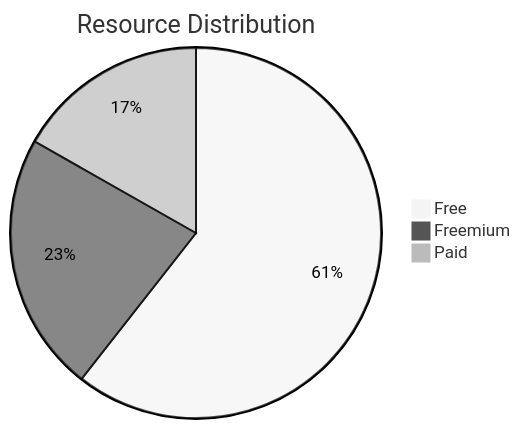
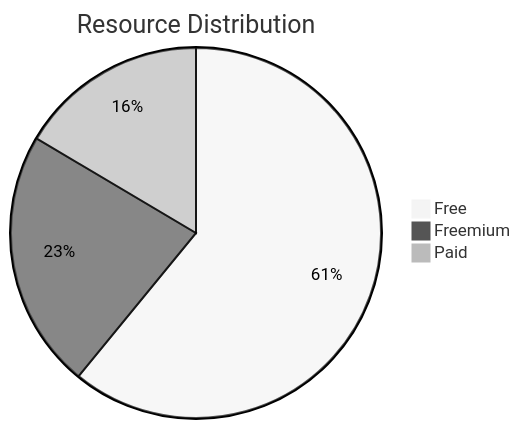
Before and after one commit to sametcn99/computer-science-resources: the diagram in resources/index.md, drawn with Mermaid (neutral theme). The commit also changed other lines of this file and 17 other files, not shown here.

````diff
--- a/resources/index.md
+++ b/resources/index.md
@@ -10,7 +10,7 @@
 ```mermaid
 pie
     title Resource Distribution
-    "Free" : 166
-    "Freemium" : 62
+    "Free" : 170
+    "Freemium" : 63
     "Paid" : 46
 ```
````
